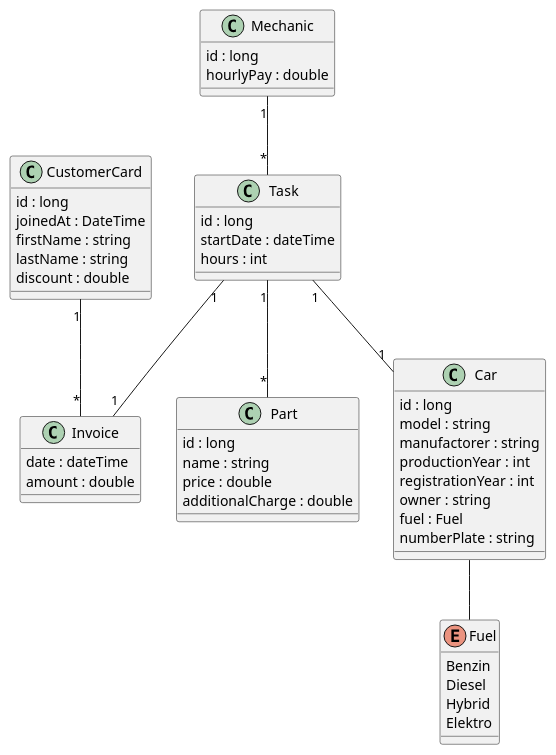
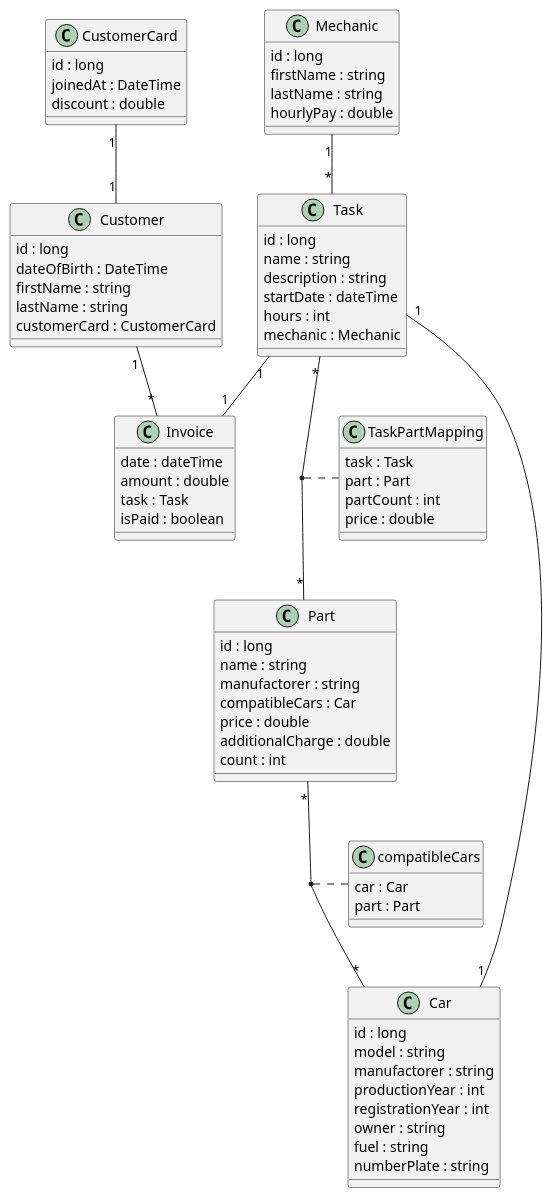
The diagram in documents/cld.adoc (oliver-420/Workshop-System), drawn with PlantUML before and after one commit. The commit also changed other lines of this file, not shown here.

Commit message:
updated cld

```diff
--- a/documents/cld.adoc
+++ b/documents/cld.adoc
@@ -5,62 +5,84 @@
 [plantuml, target=diagram-classes, format=png]
 ....
 class Task {
     id : long
+    name : string
+    description : string
     startDate : dateTime
     hours : int
-
+    mechanic : Mechanic
 }
 
 class Mechanic {
     id : long
+    firstName : string
+    lastName : string
     hourlyPay : double
+}
+
+class Customer {
+    id : long
+    dateOfBirth : DateTime
+    firstName : string
+    lastName : string
+    customerCard : CustomerCard
 }
 
 class CustomerCard{
     id : long
     joinedAt : DateTime
-    firstName : string
-    lastName : string
     discount : double
 }
 
 class Part {
     id : long
     name : string
+    manufactorer : string
+    compatibleCars : Car
     price : double
     additionalCharge : double
+    count : int
 }
 
 class Invoice {
     date : dateTime
     amount : double
-
+    task : Task
+    isPaid : boolean
 }
 
 class Car {
     id : long
     model : string
     manufactorer : string
     productionYear : int
     registrationYear : int
     owner : string
-    fuel : Fuel
+    fuel : string
     numberPlate : string
 }
 
-enum Fuel {
-    Benzin
-    Diesel
-    Hybrid
-    Elektro
+class compatibleCars {
+    car : Car
+    part : Part
 }
 
+class TaskPartMapping {
+    task : Task
+    part : Part
+    partCount : int
+    price : double
+}
+
+Part "*" -- "*" Car
+(Car, Part) .. compatibleCars
+CustomerCard "1" -- "1" Customer
 Mechanic "1" -- "*" Task
-Task "1" -- "*" Part
+Task "*" -- "*" Part
+(Task, Part) .. TaskPartMapping
 Task "1"--"1" Invoice
+Customer "1"--"*" Invoice
 Task "1"--"1" Car
-Car -- Fuel
-CustomerCard "1"--"*" Invoice
 
 
 ....
```
